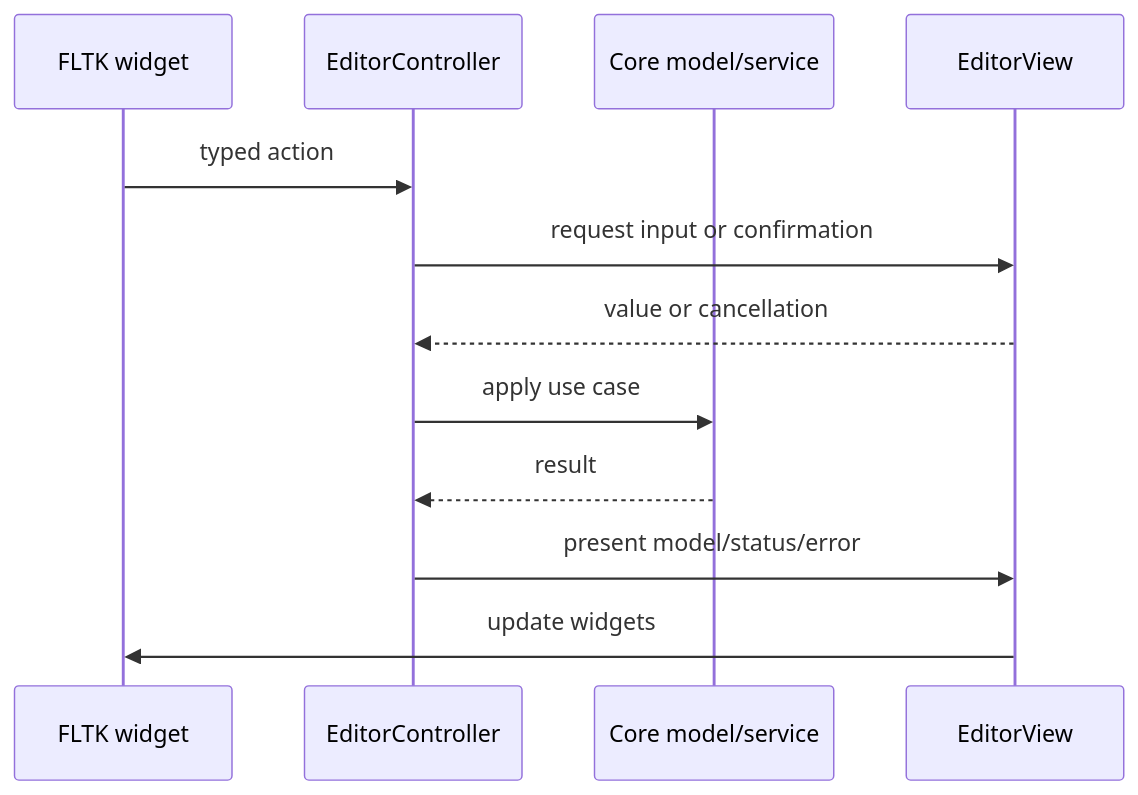
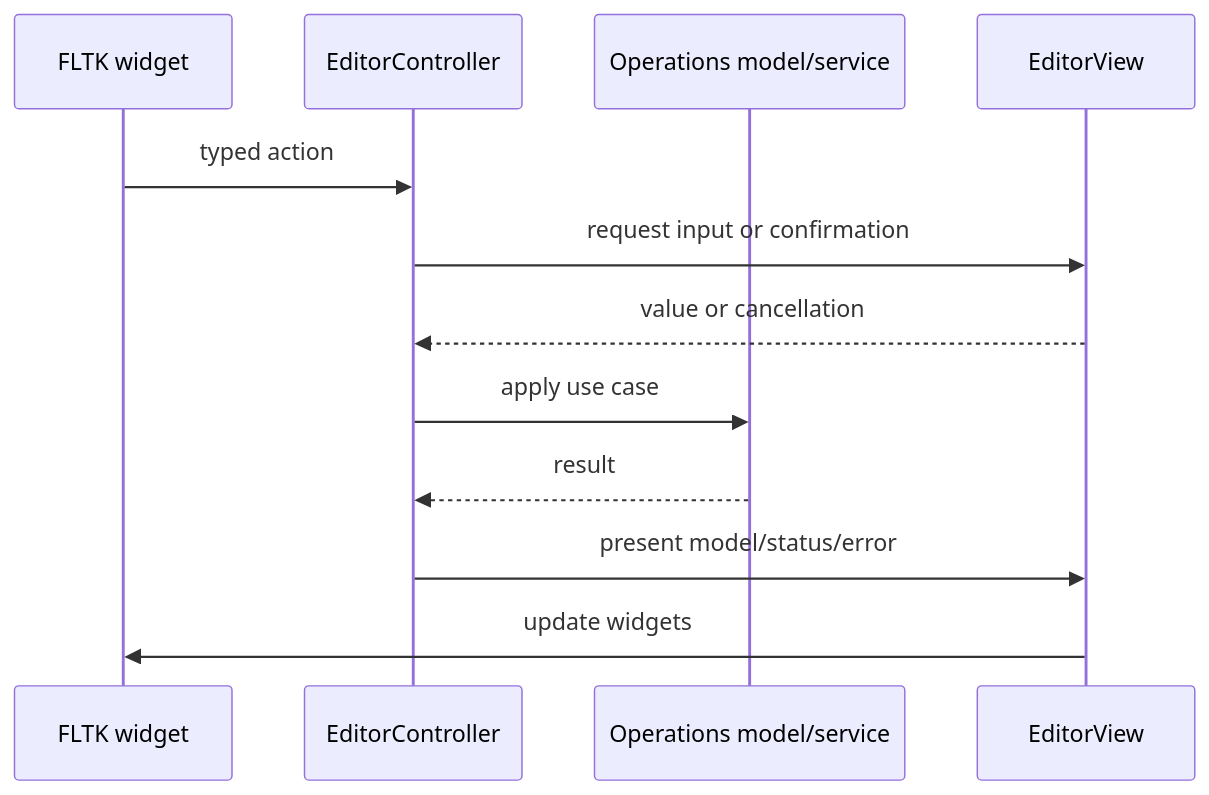
One commit to pemocarlo/dicom-dataset-editor changed the second of 2 diagrams in ARCHITECTURE.md. Above: the diagram before and after it, drawn with Mermaid. The commit also changed other lines of this file and 7 other files, not shown here.

````diff
--- a/ARCHITECTURE.md
+++ b/ARCHITECTURE.md
@@ -64,15 +64,15 @@
 ```mermaid
 sequenceDiagram
     participant W as FLTK widget
     participant C as EditorController
-    participant M as Core model/service
+    participant M as Operations model/service
     participant V as EditorView
 
     W->>C: typed action
     C->>V: request input or confirmation
     V-->>C: value or cancellation
     C->>M: apply use case
     M-->>C: result
     C->>V: present model/status/error
     V->>W: update widgets
 ```
````
